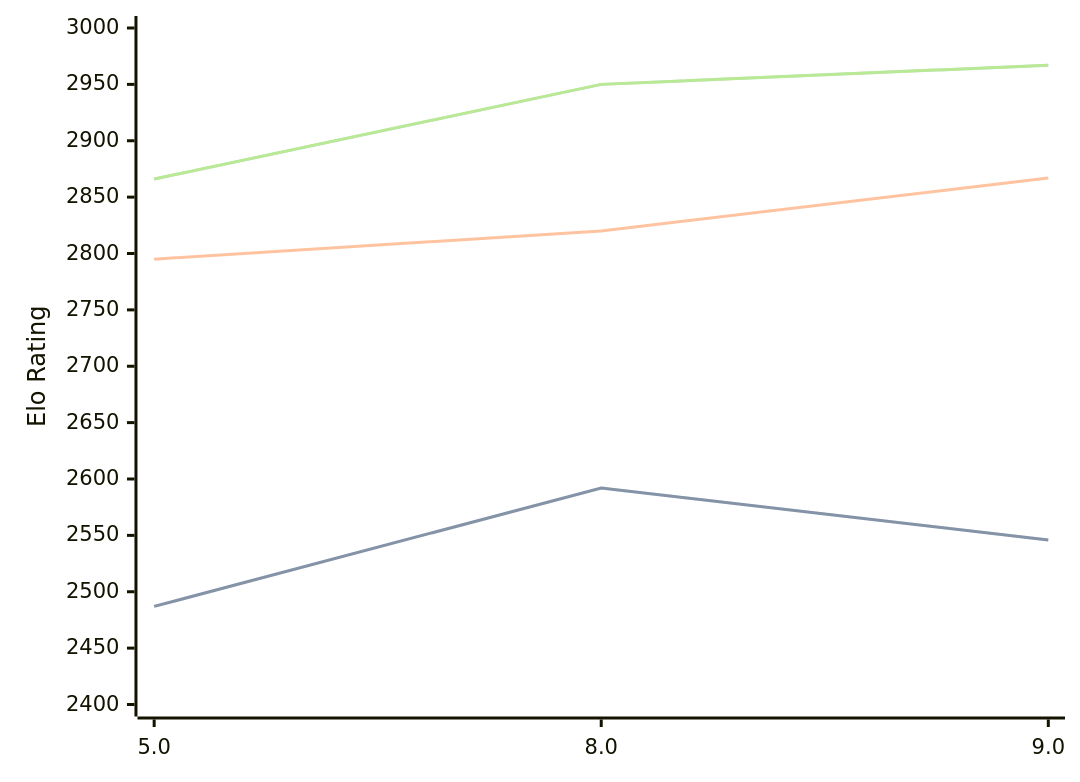
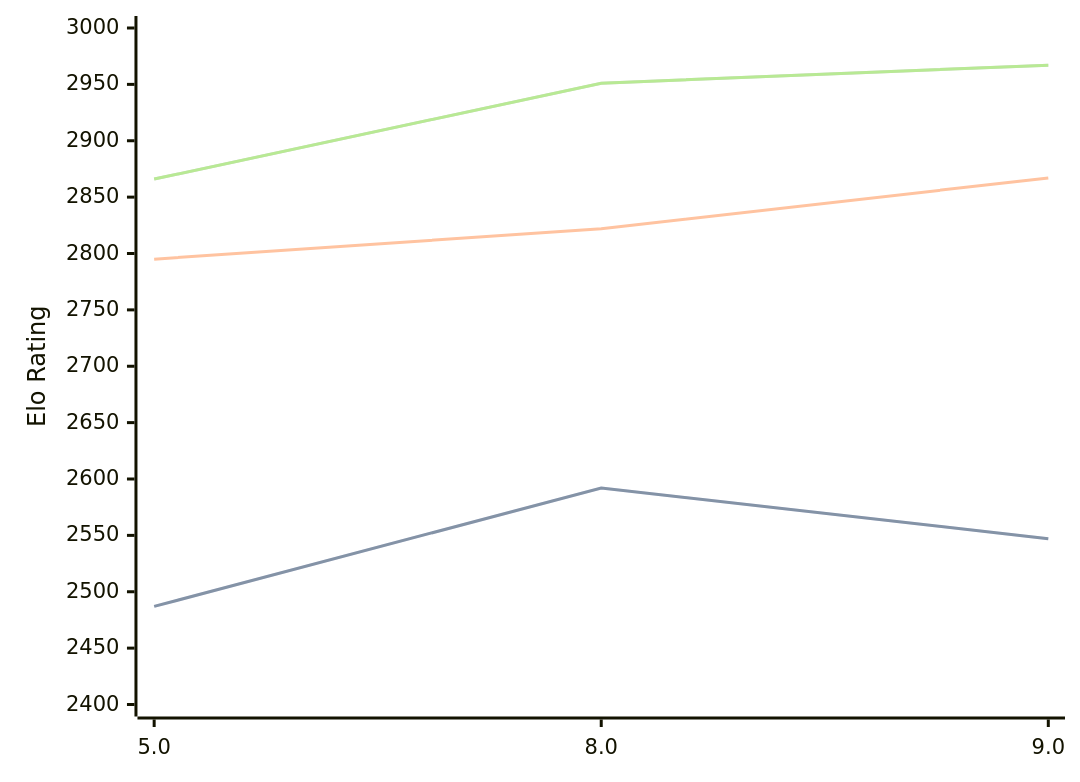
One commit to computer-chess-index/cci changed the diagram in engines/4kc.md. Above: the diagram before and after it, drawn with Mermaid. The commit also changed other lines of this file, not shown here.

Commit message:
Update CCI Ratings (ELO VLTC) - 2026-10-03

````diff
--- a/engines/4kc.md
+++ b/engines/4kc.md
@@ -33,11 +33,11 @@
 ```mermaid
 %%{init: {"theme":"base","themeVariables":{"seriesColors:['#a3a3a3','#222221','#faa371']}}}%%
 xychart-beta
   x-axis ["5.0", "8.0", "9.0"]
   y-axis "Elo Rating" 2400 --> 3000
-  line "" [2487, 2592, 2546]
-  line "STC (8.0+0.08s)" [2487, 2592, 2546]
-  line "LTC (60.0+0.60s)" [2795, 2820, 2867]
-  line "" [2866, 2950, 2967]
-  line "VLTC (2m24s+1.12s)" [2866, 2950, 2967]
+  line "" [2487, 2592, 2547]
+  line "STC (8.0+0.08s)" [2487, 2592, 2547]
+  line "LTC (60.0+0.60s)" [2795, 2822, 2867]
+  line "" [2866, 2951, 2967]
+  line "VLTC (2m24s+1.12s)" [2866, 2951, 2967]
 ```
````
